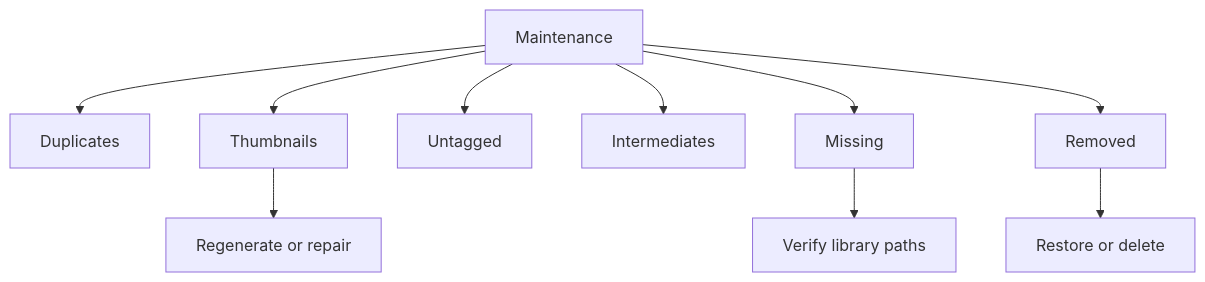
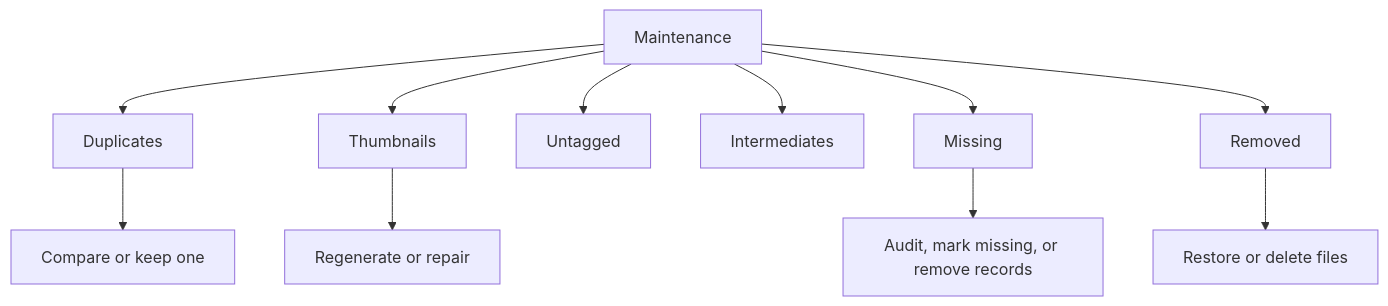
The diagram in docs/manual/maintenance.md (AsuraAce/ambit), drawn with Mermaid before and after one commit. The commit also changed other lines of this file and 2 other files, not shown here.

````diff
--- a/docs/manual/maintenance.md
+++ b/docs/manual/maintenance.md
@@ -18,12 +32,13 @@
 ```mermaid
 flowchart TD
     A["Maintenance"] --> B["Duplicates"]
     A --> C["Thumbnails"]
     A --> D["Untagged"]
     A --> E["Intermediates"]
     A --> F["Missing"]
     A --> G["Removed"]
-    C --> H["Regenerate or repair"]
-    F --> I["Verify library paths"]
-    G --> J["Restore or delete"]
+    B --> H["Compare or keep one"]
+    C --> I["Regenerate or repair"]
+    F --> J["Audit, mark missing, or remove records"]
+    G --> K["Restore or delete files"]
 ```
````
